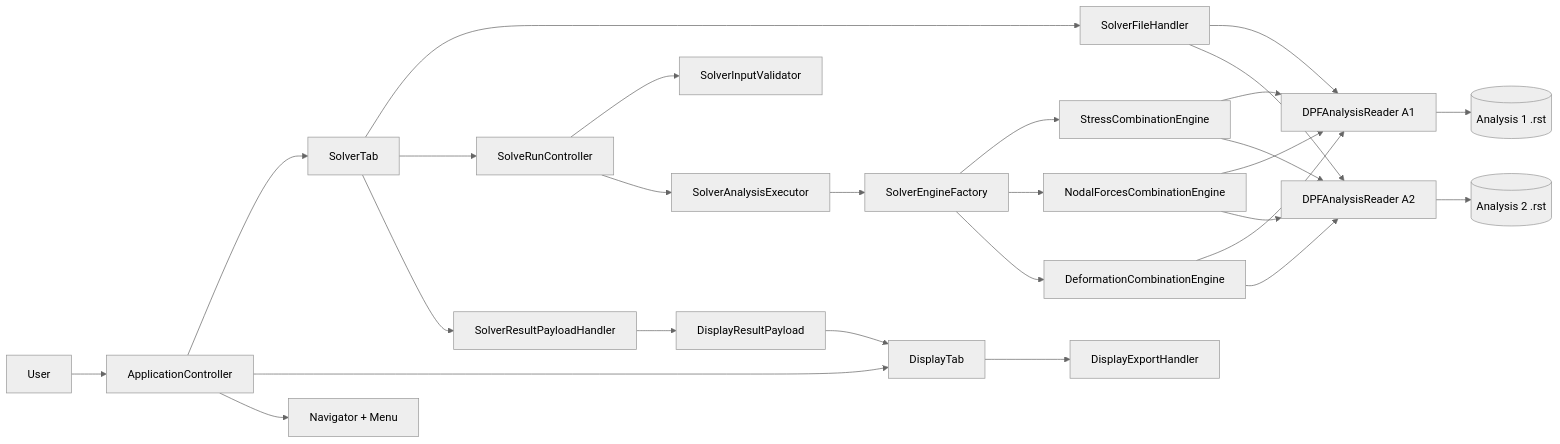
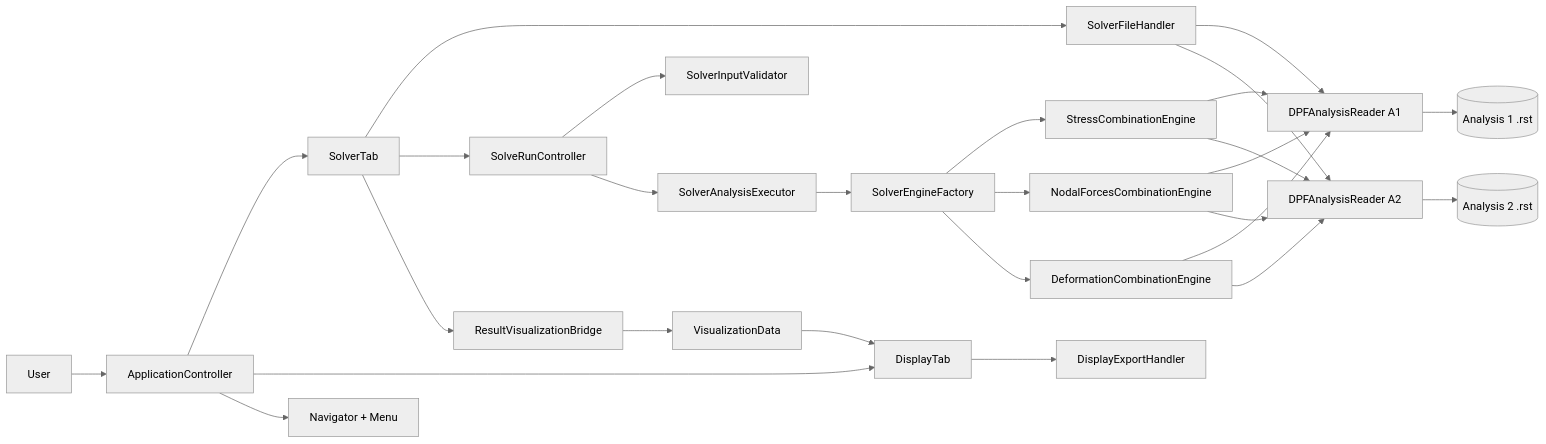
The first of 3 diagrams in architecture.md (emreatay993/MARS-SC), drawn with Mermaid (neutral theme) before and after one commit. The commit also changed other lines of this file and 12 other files, not shown here.

Commit message:
Rename display bridge/payload to ResultVisualizationBridge and VisualizationData

````diff
--- a/architecture.md
+++ b/architecture.md
@@ -44,35 +44,35 @@
 ```mermaid
 flowchart LR
     U[User] --> AC[ApplicationController]
     AC --> ST[SolverTab]
     AC --> DT[DisplayTab]
     AC --> NAV[Navigator + Menu]
 
     ST --> FH[SolverFileHandler]
     ST --> SRC[SolveRunController]
-    ST --> SRPH[SolverResultPayloadHandler]
+    ST --> SRPH[ResultVisualizationBridge]
 
     SRC --> SIV[SolverInputValidator]
     SRC --> SAE[SolverAnalysisExecutor]
     SAE --> SEF[SolverEngineFactory]
 
     SEF --> SSE[StressCombinationEngine]
     SEF --> NFE[NodalForcesCombinationEngine]
     SEF --> DFE[DeformationCombinationEngine]
 
     FH --> R1[DPFAnalysisReader A1]
     FH --> R2[DPFAnalysisReader A2]
     SSE --> R1
     SSE --> R2
     NFE --> R1
     NFE --> R2
     DFE --> R1
     DFE --> R2
 
     R1 --> A1[(Analysis 1 .rst)]
     R2 --> A2[(Analysis 2 .rst)]
 
-    SRPH --> PAY[DisplayResultPayload]
+    SRPH --> PAY[VisualizationData]
     PAY --> DT
     DT --> EXP[DisplayExportHandler]
 ```
````
